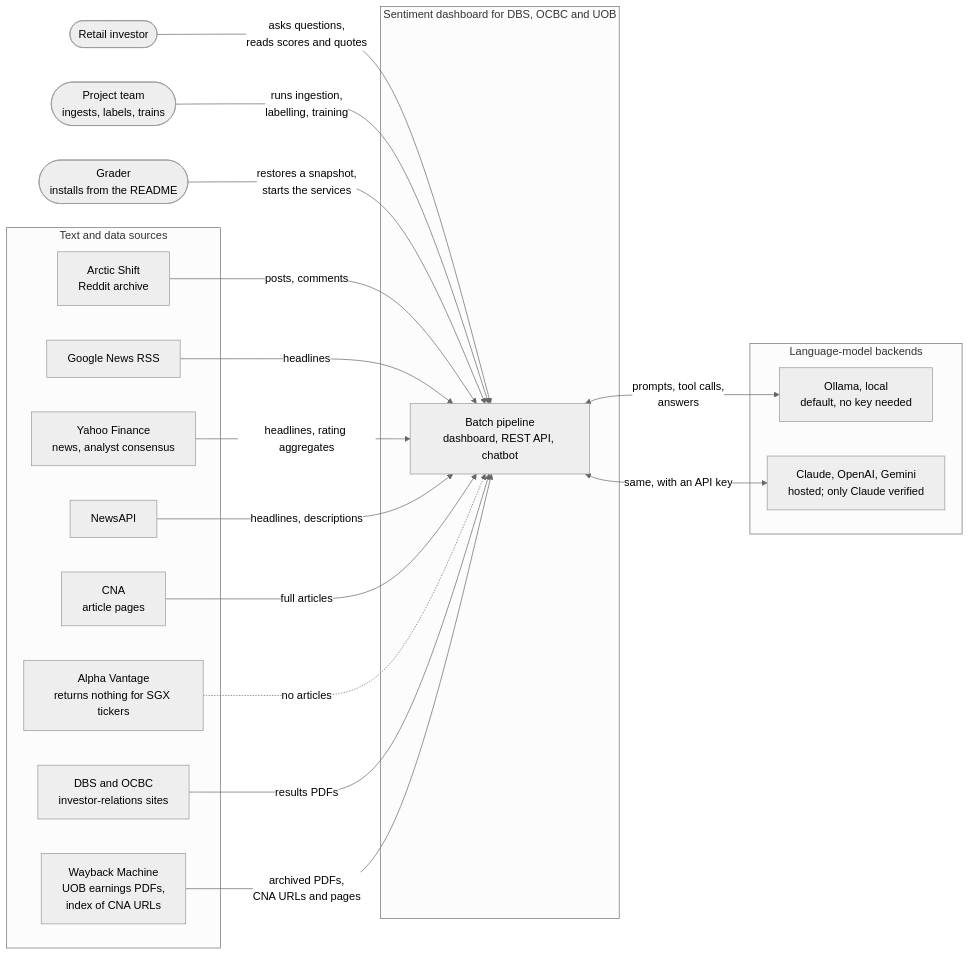
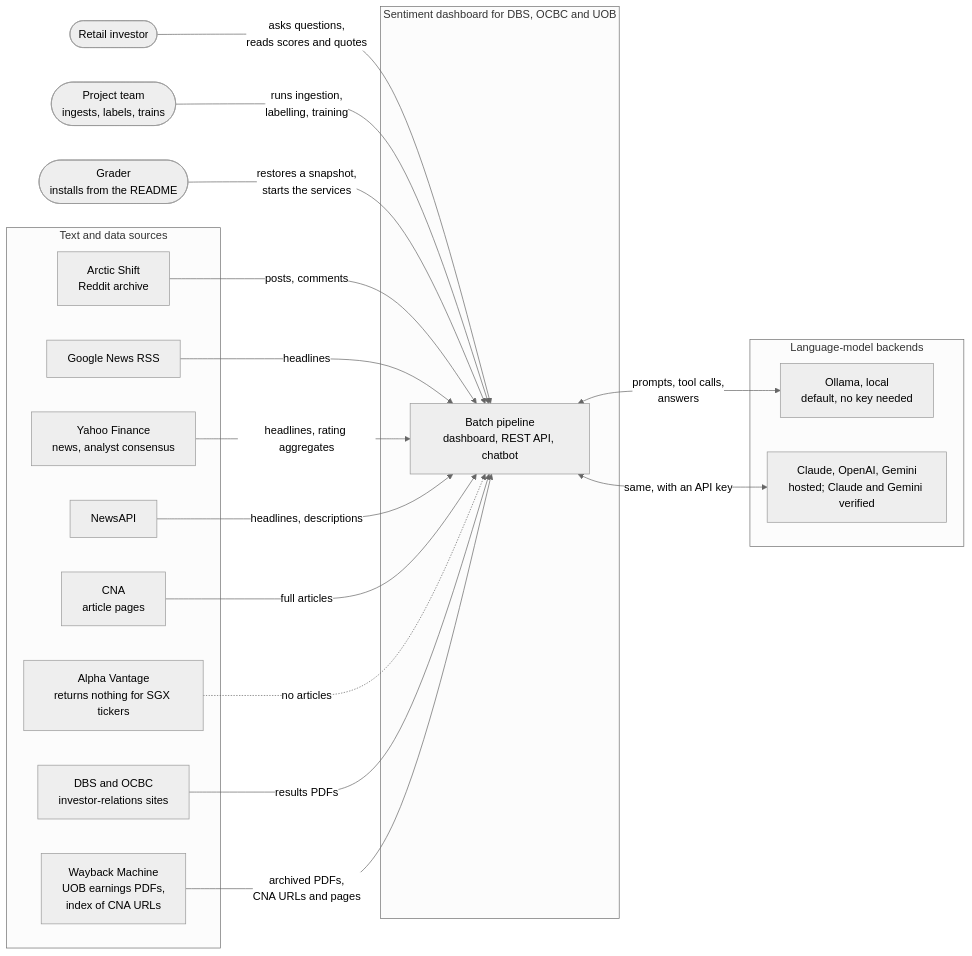
One commit to Gavingyh/plp-project changed the diagram in docs/diagrams/01-system-context.md. Above: the diagram before and after it, drawn with Mermaid (neutral theme). The commit also changed other lines of this file and 17 other files, not shown here.

````diff
--- a/docs/diagrams/01-system-context.md
+++ b/docs/diagrams/01-system-context.md
@@ -7,45 +7,45 @@
 ```mermaid
 flowchart LR
   accTitle: System context
   accDescr: The sentiment system with its three kinds of user, its five text and data sources, and its four model backends.
 
   investor(["Retail investor"])
   team(["Project team<br/>ingests, labels, trains"])
   grader(["Grader<br/>installs from the README"])
 
   subgraph sys["Sentiment dashboard for DBS, OCBC and UOB"]
     core["Batch pipeline<br/>dashboard, REST API, chatbot"]
   end
 
   subgraph sources["Text and data sources"]
     reddit["Arctic Shift<br/>Reddit archive"]
     gnews["Google News RSS"]
     yahoo["Yahoo Finance<br/>news, analyst consensus"]
     newsapi["NewsAPI"]
     cna["CNA<br/>article pages"]
     av["Alpha Vantage<br/>returns nothing for SGX tickers"]
     ir["DBS and OCBC<br/>investor-relations sites"]
     wayback["Wayback Machine<br/>UOB earnings PDFs,<br/>index of CNA URLs"]
   end
 
   subgraph llms["Language-model backends"]
     ollama["Ollama, local<br/>default, no key needed"]
-    hosted["Claude, OpenAI, Gemini<br/>hosted; only Claude verified"]
+    hosted["Claude, OpenAI, Gemini<br/>hosted; Claude and Gemini verified"]
   end
 
   investor -- "asks questions,<br/>reads scores and quotes" --> core
   team -- "runs ingestion,<br/>labelling, training" --> core
   grader -- "restores a snapshot,<br/>starts the services" --> core
 
   reddit -- "posts, comments" --> core
   gnews -- "headlines" --> core
   yahoo -- "headlines, rating aggregates" --> core
   newsapi -- "headlines, descriptions" --> core
   cna -- "full articles" --> core
   av -. "no articles" .-> core
   ir -- "results PDFs" --> core
   wayback -- "archived PDFs,<br/>CNA URLs and pages" --> core
 
   core <-- "prompts, tool calls,<br/>answers" --> ollama
   core <-- "same, with an API key" --> hosted
 ```
````
